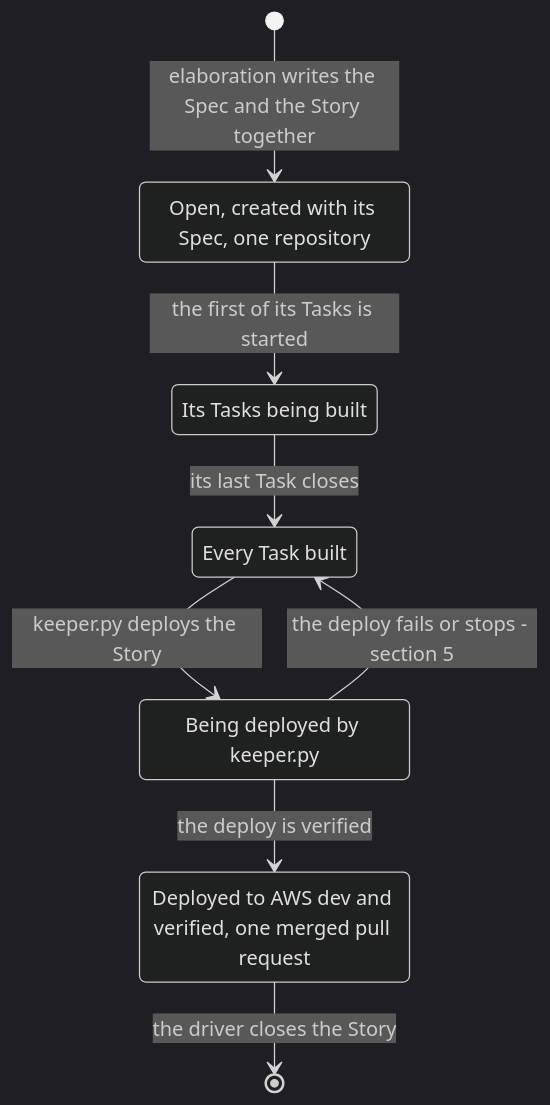
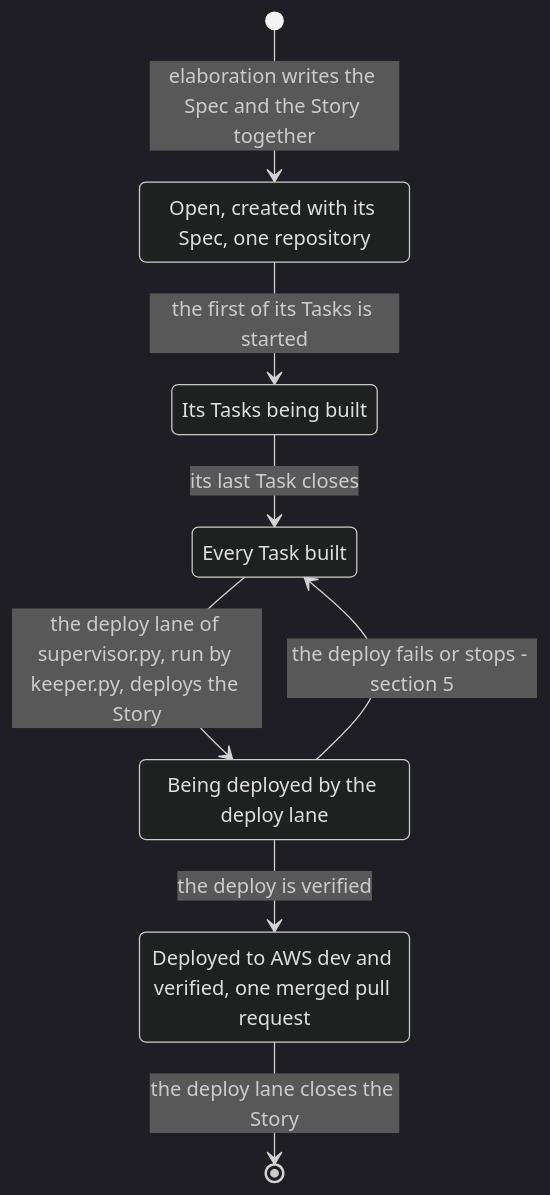
Before and after one commit to mark-satterfield/toolset: the fifth of 8 diagrams in plugins/agent-teams-workforce/blueprint/design/pipelines-driver.md, drawn with Mermaid (dark theme). The commit also changed other lines of this file and 1 other file, not shown here.

First line of the commit message:
docs(blueprint): draw keeper and supervisor from their code and start the driver at a ready Epic

````diff
--- a/plugins/agent-teams-workforce/blueprint/design/pipelines-driver.md
+++ b/plugins/agent-teams-workforce/blueprint/design/pipelines-driver.md
@@ -255,15 +313,15 @@
 ```mermaid
 stateDiagram-v2
     state "Open, created with its Spec, one repository" as sOpen
     state "Its Tasks being built" as sBuild
     state "Every Task built" as sReady
-    state "Being deployed by keeper.py" as sDeploy
+    state "Being deployed by the deploy lane" as sDeploy
     state "Deployed to AWS dev and verified, one merged pull request" as sDone
     [*] --> sOpen: elaboration writes the Spec and the Story together
     sOpen --> sBuild: the first of its Tasks is started
     sBuild --> sReady: its last Task closes
-    sReady --> sDeploy: keeper.py deploys the Story
+    sReady --> sDeploy: the deploy lane of supervisor.py, run by keeper.py, deploys the Story
     sDeploy --> sReady: the deploy fails or stops - section 5
     sDeploy --> sDone: the deploy is verified
-    sDone --> [*]: the driver closes the Story
+    sDone --> [*]: the deploy lane closes the Story
 ```
````
